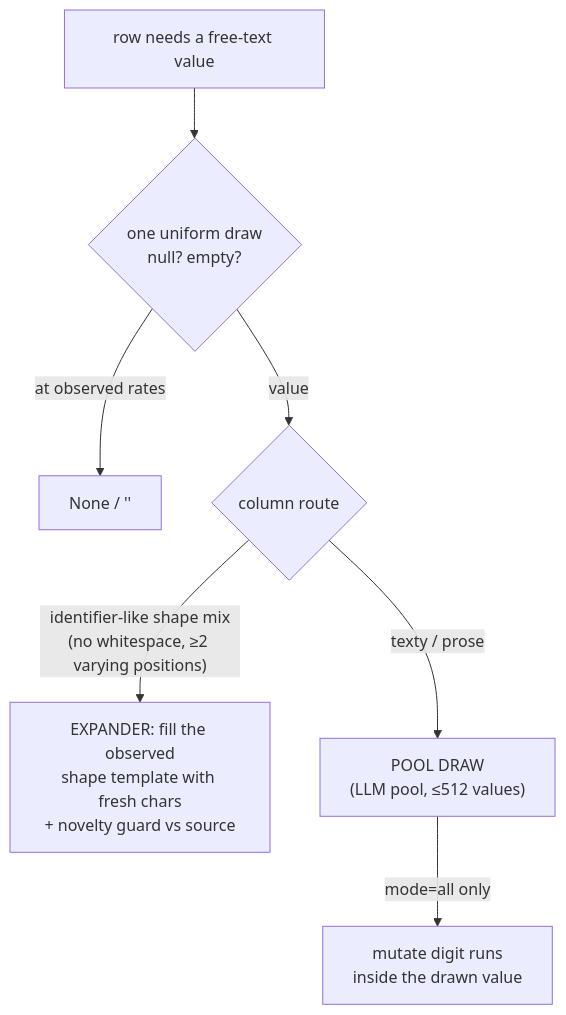
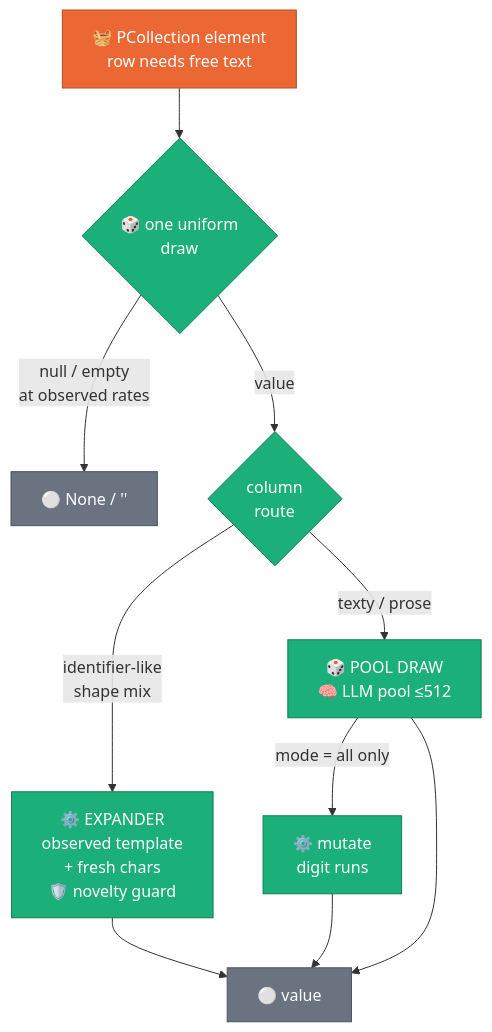
Before and after one commit to albertols/synthetic-llm-dataflow-bigquery: the first of 5 diagrams in docs/designs/2026-08-05-freetext-expansion-modes.md, drawn with Mermaid. The commit also changed other lines of this file and 1 other file, not shown here.

First line of the commit message:
docs(designs): iconified, class-styled expansion diagrams + CPU/GPU split per mode

````diff
--- a/docs/designs/2026-08-05-freetext-expansion-modes.md
+++ b/docs/designs/2026-08-05-freetext-expansion-modes.md
@@ -23,9 +26,18 @@
 ```mermaid
 flowchart TD
-  R[row needs a free-text value] --> S{"one uniform draw<br/>null? empty?"}
-  S -- "at observed rates" --> NV["None / ''"]
-  S -- value --> Q{"column route"}
-  Q -- "identifier-like shape mix<br/>(no whitespace, ≥2 varying positions)" --> E["EXPANDER: fill the observed<br/>shape template with fresh chars<br/>+ novelty guard vs source"]
-  Q -- "texty / prose" --> P["POOL DRAW<br/>(LLM pool, ≤512 values)"]
-  P -- "mode=all only" --> M["mutate digit runs<br/>inside the drawn value"]
+  R["🧺 PCollection element<br/>row needs free text"]:::beam --> S{"🎲 one uniform<br/>draw"}:::cpu
+  S -->|"null / empty<br/>at observed rates"| NV["⚪ None / '' "]:::data
+  S -->|value| Q{"column<br/>route"}:::cpu
+  Q -->|"identifier-like<br/>shape mix"| E["⚙️ EXPANDER<br/>observed template<br/>+ fresh chars<br/>🛡️ novelty guard"]:::cpu
+  Q -->|"texty / prose"| P["🎲 POOL DRAW<br/>🧠 LLM pool ≤512"]:::cpu
+  P -->|"mode = all only"| M["⚙️ mutate<br/>digit runs"]:::cpu
+  E --> V["⚪ value"]:::data
+  M --> V
+  P --> V
+
+  classDef beam fill:#eb6834,color:#fff,stroke:#b44f26
+  classDef cpu fill:#1baf7a,color:#fff,stroke:#127a55
+  classDef gpu fill:#7a3fd1,color:#fff,stroke:#5a2f9d
+  classDef store fill:#2a78d6,color:#fff,stroke:#1d5599
+  classDef data fill:#6b7280,color:#fff,stroke:#4b5563
 ```
````
